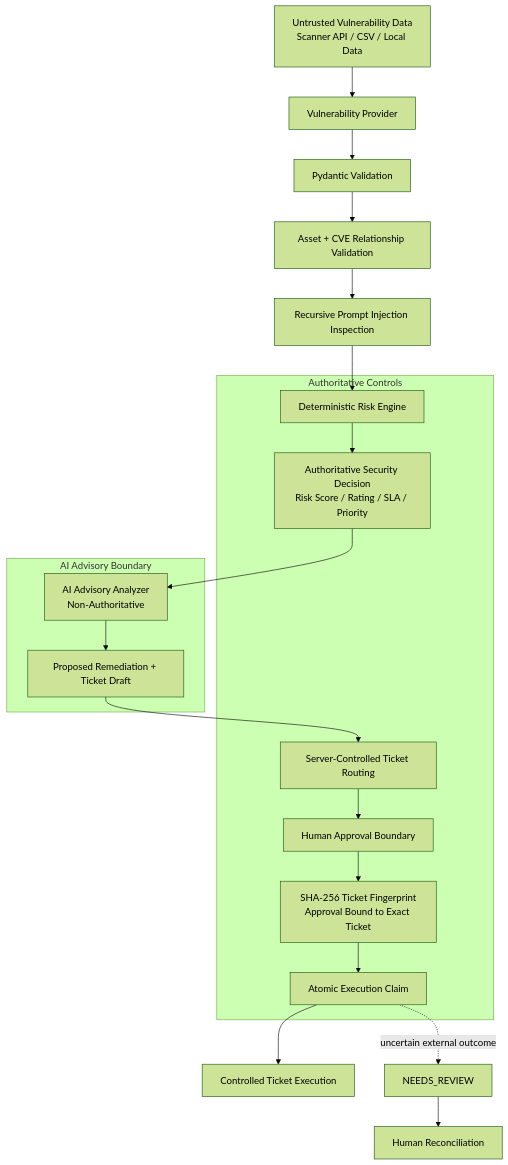
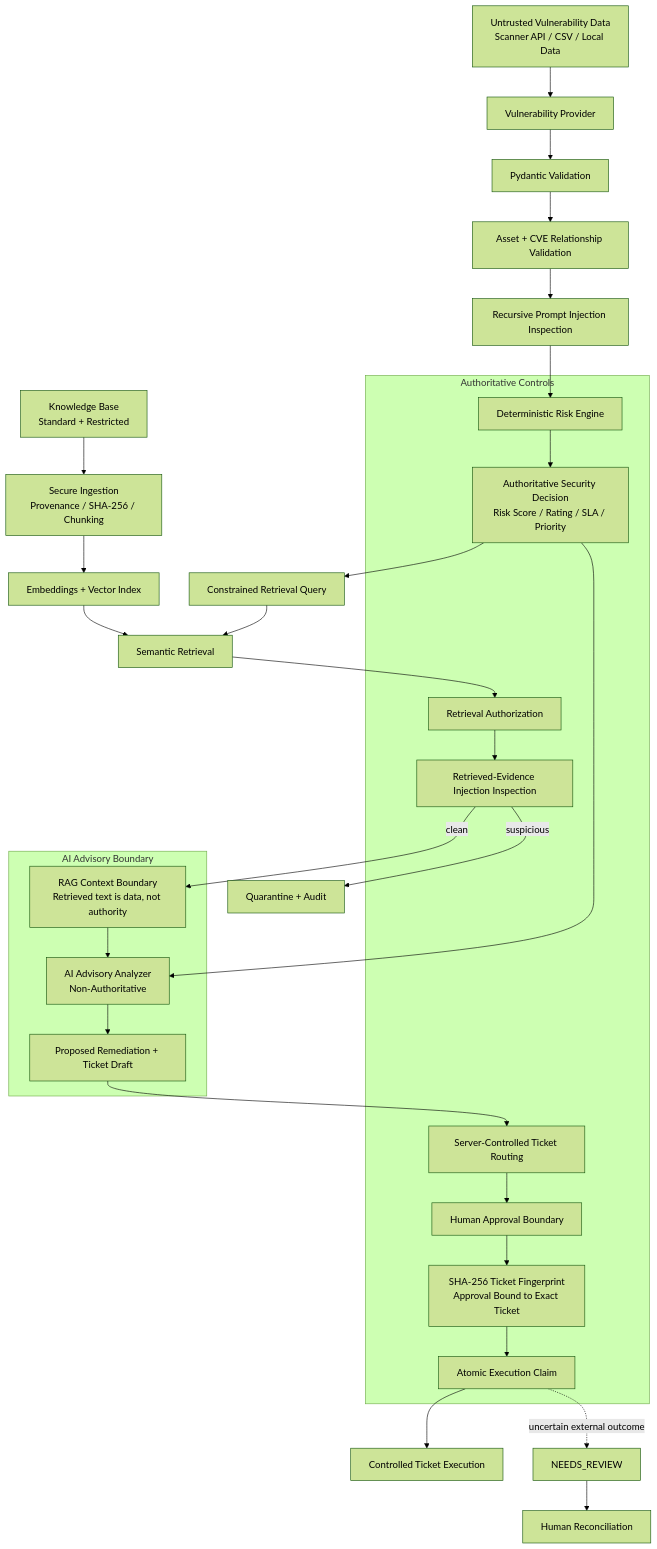
The diagram in README.md (shabaaz3000-oss/vm-ai-agent), drawn with Mermaid (forest theme) before and after one commit. The commit also changed other lines of this file, not shown here.

Commit message:
Update README for secure RAG milestone

````diff
--- a/README.md
+++ b/README.md
@@ -171,44 +197,53 @@
 ```mermaid
 flowchart TD
     A["Untrusted Vulnerability Data<br/>Scanner API / CSV / Local Data"] --> B["Vulnerability Provider"]
 
     B --> C["Pydantic Validation"]
     C --> D["Asset + CVE Relationship Validation"]
     D --> E["Recursive Prompt Injection Inspection"]
 
     E --> F["Deterministic Risk Engine"]
-
     F --> G["Authoritative Security Decision<br/>Risk Score / Rating / SLA / Priority"]
 
+    G --> Q["Constrained Retrieval Query"]
+
+    KB["Knowledge Base<br/>Standard + Restricted"] --> KI["Secure Ingestion<br/>Provenance / SHA-256 / Chunking"]
+    KI --> VX["Embeddings + Vector Index"]
+    VX --> SR["Semantic Retrieval"]
+
+    Q --> SR
+    SR --> AZ["Retrieval Authorization"]
+    AZ --> RI["Retrieved-Evidence Injection Inspection"]
+
+    RI -->|"suspicious"| X["Quarantine + Audit"]
+    RI -->|"clean"| RC["RAG Context Boundary<br/>Retrieved text is data, not authority"]
+
     G --> H["AI Advisory Analyzer<br/>Non-Authoritative"]
+    RC --> H
 
     H --> I["Proposed Remediation + Ticket Draft"]
-
     I --> R["Server-Controlled Ticket Routing"]
-
     R --> J["Human Approval Boundary"]
-
     J --> K["SHA-256 Ticket Fingerprint<br/>Approval Bound to Exact Ticket"]
-
     K --> L["Atomic Execution Claim"]
-
     L --> M["Controlled Ticket Execution"]
-
     L -. "uncertain external outcome" .-> N["NEEDS_REVIEW"]
-
     N --> O["Human Reconciliation"]
 
     subgraph Authority["Authoritative Controls"]
         F
         G
+        AZ
+        RI
         R
         J
         K
         L
     end
 
     subgraph Advisory["AI Advisory Boundary"]
+        RC
         H
         I
     end
 ```
````
